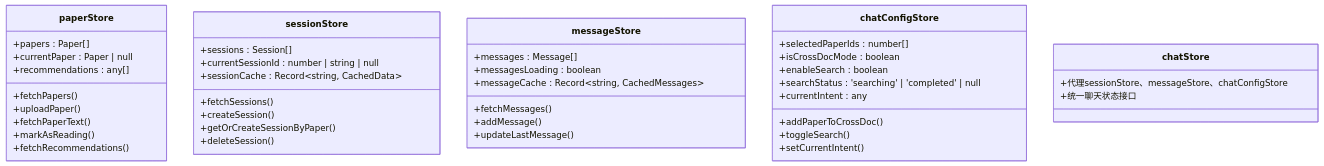
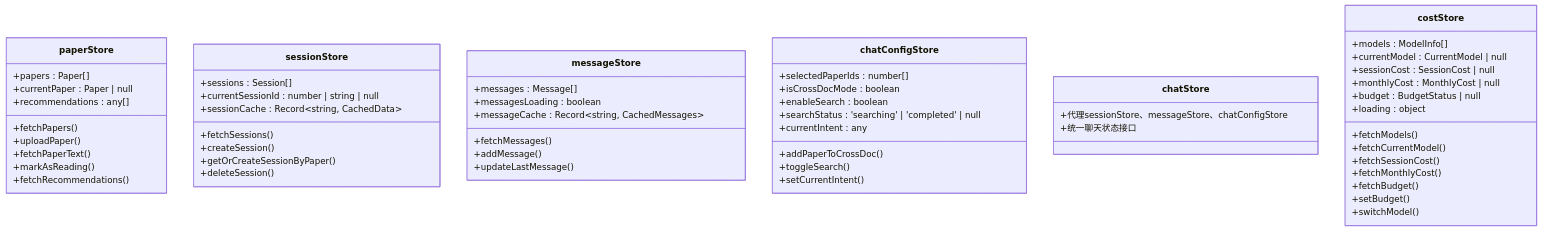
Before and after one commit to laohanhahaha/PaperChat: the eighth of 10 diagrams in .qoder/repowiki/zh/content/前端系统/前端系统.md, drawn with Mermaid. The commit also changed other lines of this file and 59 other files, not shown here.

````diff
--- a/.qoder/repowiki/zh/content/前端系统/前端系统.md
+++ b/.qoder/repowiki/zh/content/前端系统/前端系统.md
@@ -381,44 +528,59 @@
 ```mermaid
 classDiagram
 class paperStore {
 +papers : Paper[]
 +currentPaper : Paper | null
 +recommendations : any[]
 +fetchPapers()
 +uploadPaper()
 +fetchPaperText()
 +markAsReading()
 +fetchRecommendations()
 }
 class sessionStore {
 +sessions : Session[]
 +currentSessionId : number | string | null
 +sessionCache : Record~string, CachedData~
 +fetchSessions()
 +createSession()
 +getOrCreateSessionByPaper()
 +deleteSession()
 }
 class messageStore {
 +messages : Message[]
 +messagesLoading : boolean
 +messageCache : Record~string, CachedMessages~
 +fetchMessages()
 +addMessage()
 +updateLastMessage()
 }
 class chatConfigStore {
 +selectedPaperIds : number[]
 +isCrossDocMode : boolean
 +enableSearch : boolean
 +searchStatus : 'searching' | 'completed' | null
 +currentIntent : any
 +addPaperToCrossDoc()
 +toggleSearch()
 +setCurrentIntent()
 }
 class chatStore {
 +代理sessionStore、messageStore、chatConfigStore
 +统一聊天状态接口
 }
+class costStore {
++models : ModelInfo[]
++currentModel : CurrentModel | null
++sessionCost : SessionCost | null
++monthlyCost : MonthlyCost | null
++budget : BudgetStatus | null
++loading : object
++fetchModels()
++fetchCurrentModel()
++fetchSessionCost()
++fetchMonthlyCost()
++fetchBudget()
++setBudget()
++switchModel()
+}
 ```
````
